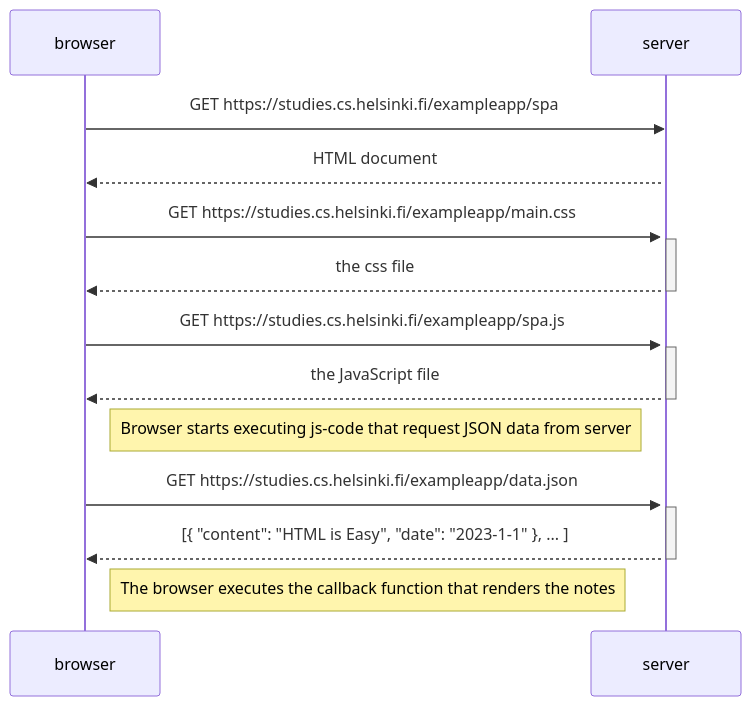
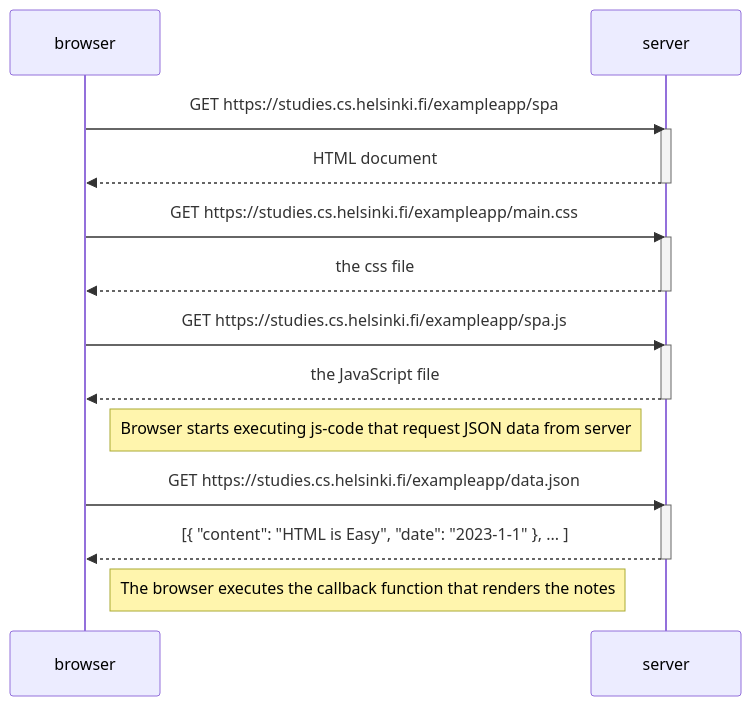
One commit to onivardi/fullstackopen changed the diagram in part0/exercise-0.5.md. Above: the diagram before and after it, drawn with Mermaid.

````diff
--- a/part0/exercise-0.5.md
+++ b/part0/exercise-0.5.md
@@ -3,30 +3,31 @@
 ```mermaid
 sequenceDiagram
     participant browser
     participant server
 
     browser->>server: GET https://studies.cs.helsinki.fi/exampleapp/spa
     activate server
     server-->>browser: HTML document
+    deactivate server
 
     browser->>server: GET https://studies.cs.helsinki.fi/exampleapp/main.css
     activate server
     server-->>browser: the css file
     deactivate server
 
     browser->>server: GET https://studies.cs.helsinki.fi/exampleapp/spa.js
     activate server
     server-->>browser: the JavaScript file
     deactivate server
     
     Note right of browser: Browser starts executing js-code that request JSON data from server
 
     browser->>server: GET https://studies.cs.helsinki.fi/exampleapp/data.json
     activate server
     server-->>browser: [{ "content": "HTML is Easy", "date": "2023-1-1" }, ... ]
     deactivate server
 
     Note right of browser: The browser executes the callback function that renders the notes
 
 
 ```
````
